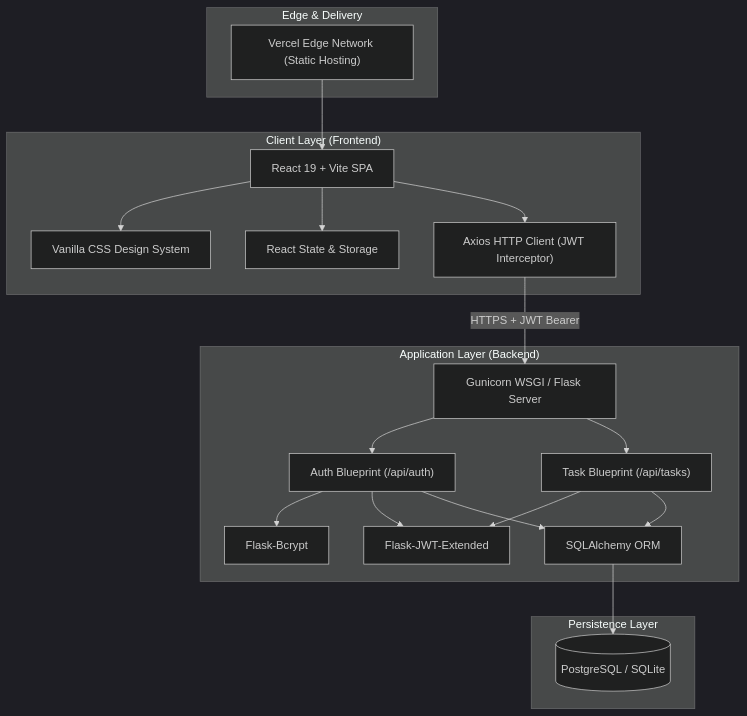
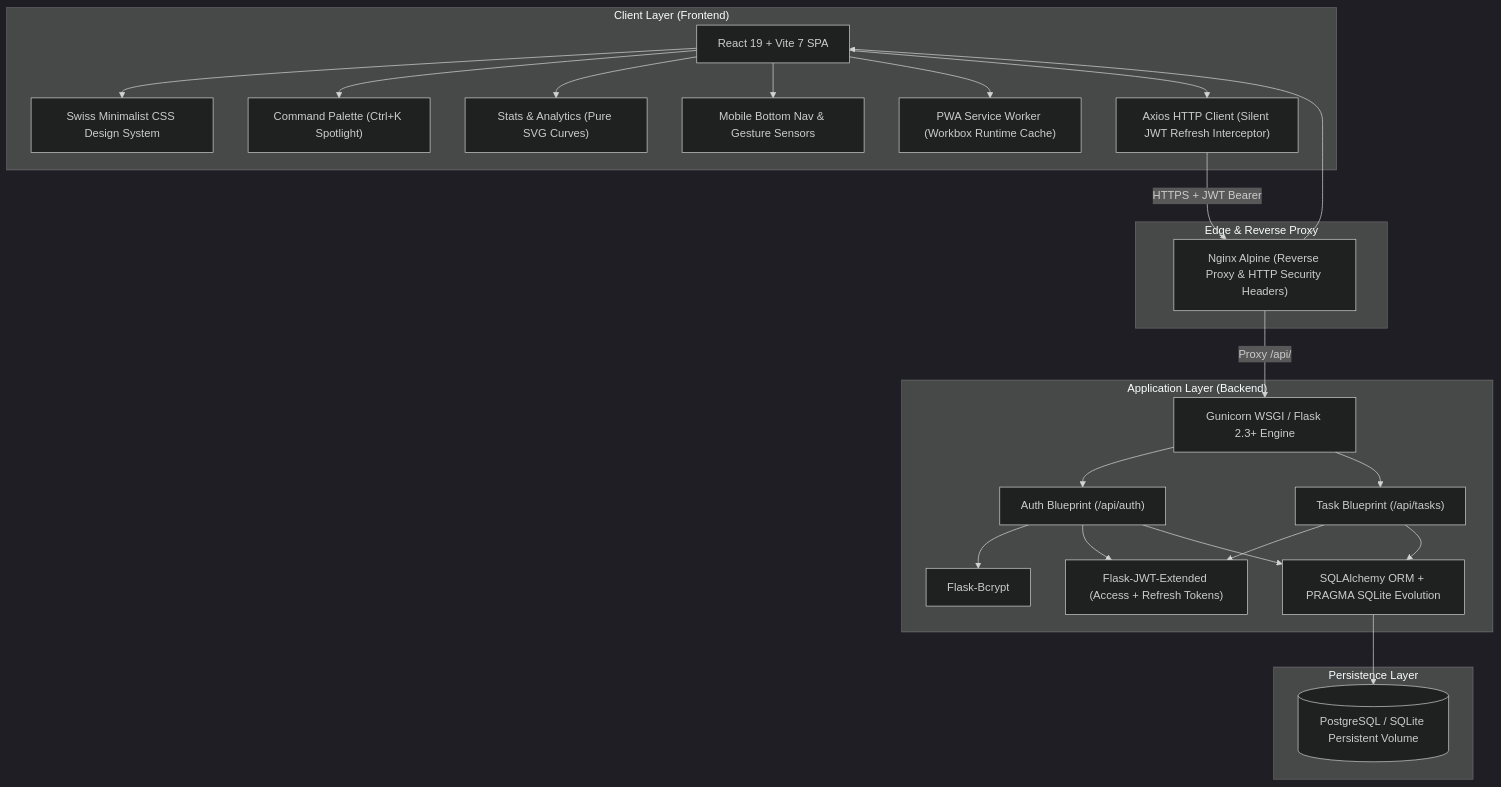
The first of 3 diagrams in docs/ARCHITECTURE.md (Hassan092-prog/task-manager-pro), drawn with Mermaid (dark theme) before and after one commit. The commit also changed other lines of this file and 7 other files, not shown here.

Commit message:
docs: synchronize v2.0.0 specifications, architecture diagrams, and test metrics across codebase

````diff
--- a/docs/ARCHITECTURE.md
+++ b/docs/ARCHITECTURE.md
@@ -11,40 +14,48 @@
 ```mermaid
 graph TD
     subgraph Client ["Client Layer (Frontend)"]
-        UI["React 19 + Vite SPA"]
-        SCSS["Vanilla CSS Design System"]
-        State["React State & Storage"]
-        API_Client["Axios HTTP Client (JWT Interceptor)"]
-        UI --> SCSS
-        UI --> State
+        UI["React 19 + Vite 7 SPA"]
+        PWA["PWA Service Worker (Workbox Runtime Cache)"]
+        CommandPalette["Command Palette (Ctrl+K Spotlight)"]
+        StatsEngine["Stats & Analytics (Pure SVG Curves)"]
+        MobileNav["Mobile Bottom Nav & Gesture Sensors"]
+        CSS["Swiss Minimalist CSS Design System"]
+        API_Client["Axios HTTP Client (Silent JWT Refresh Interceptor)"]
+
+        UI --> CSS
+        UI --> CommandPalette
+        UI --> StatsEngine
+        UI --> MobileNav
+        UI --> PWA
         UI --> API_Client
     end
 
-    subgraph CDN ["Edge & Delivery"]
-        Vercel["Vercel Edge Network (Static Hosting)"]
-        Vercel --> UI
+    subgraph CDN ["Edge & Reverse Proxy"]
+        Nginx["Nginx Alpine (Reverse Proxy & HTTP Security Headers)"]
+        Nginx --> UI
     end
 
     subgraph Backend ["Application Layer (Backend)"]
-        Gunicorn["Gunicorn WSGI / Flask Server"]
+        Gunicorn["Gunicorn WSGI / Flask 2.3+ Engine"]
         AuthBP["Auth Blueprint (/api/auth)"]
         TaskBP["Task Blueprint (/api/tasks)"]
-        JWT["Flask-JWT-Extended"]
+        JWT["Flask-JWT-Extended (Access + Refresh Tokens)"]
         Bcrypt["Flask-Bcrypt"]
-        ORM["SQLAlchemy ORM"]
+        ORM["SQLAlchemy ORM + PRAGMA SQLite Evolution"]
 
-        API_Client -->|HTTPS + JWT Bearer| Gunicorn
+        API_Client -->|HTTPS + JWT Bearer| Nginx
+        Nginx -->|Proxy /api/| Gunicorn
         Gunicorn --> AuthBP
         Gunicorn --> TaskBP
         AuthBP --> Bcrypt
         AuthBP --> JWT
         AuthBP --> ORM
         TaskBP --> JWT
         TaskBP --> ORM
     end
 
     subgraph Database ["Persistence Layer"]
-        DB[(PostgreSQL / SQLite)]
+        DB[(PostgreSQL / SQLite Persistent Volume)]
         ORM --> DB
     end
 ```
````
